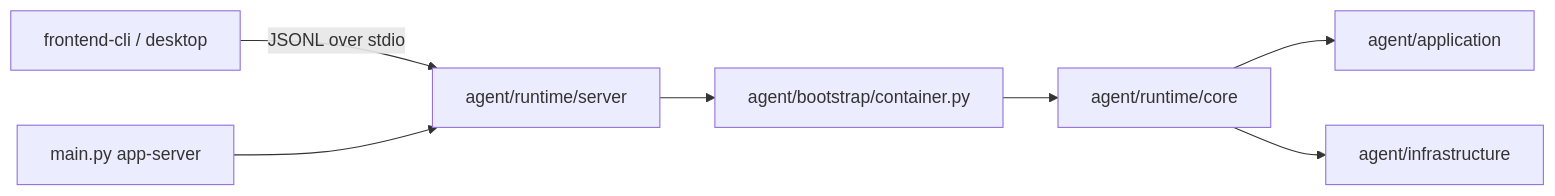
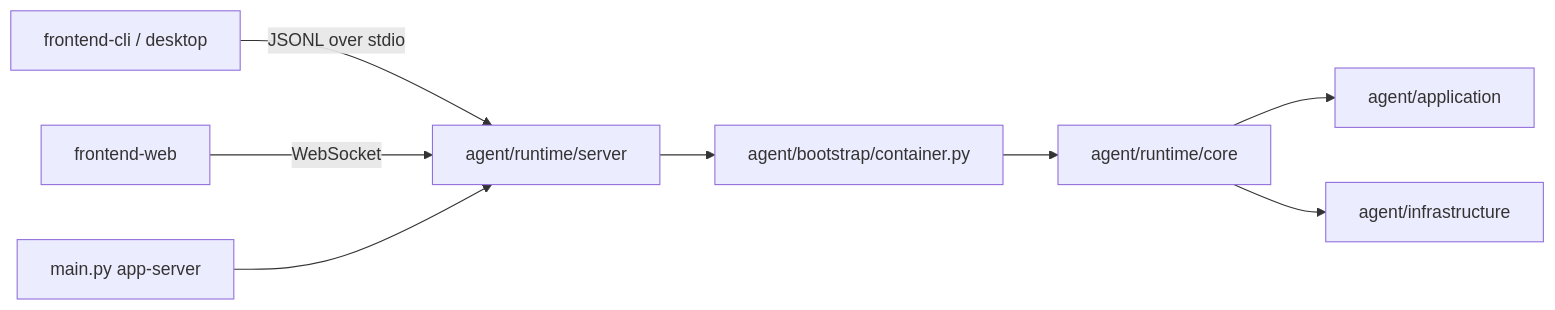
Before and after one commit to Azzurroooo/rind: the first of 2 diagrams in docs/main_pipeline.md, drawn with Mermaid. The commit also changed other lines of this file and 31 other files, not shown here.

````diff
--- a/docs/main_pipeline.md
+++ b/docs/main_pipeline.md
@@ -7,9 +7,10 @@
 ```mermaid
 flowchart LR
     Surface["frontend-cli / desktop"] -->|JSONL over stdio| Server["agent/runtime/server"]
+    Web["frontend-web"] -->|WebSocket| Server
     Main["main.py app-server"] --> Server
     Server --> Bootstrap["agent/bootstrap/container.py"]
     Bootstrap --> Core["agent/runtime/core"]
     Core --> Application["agent/application"]
     Core --> Infrastructure["agent/infrastructure"]
 ```
````
